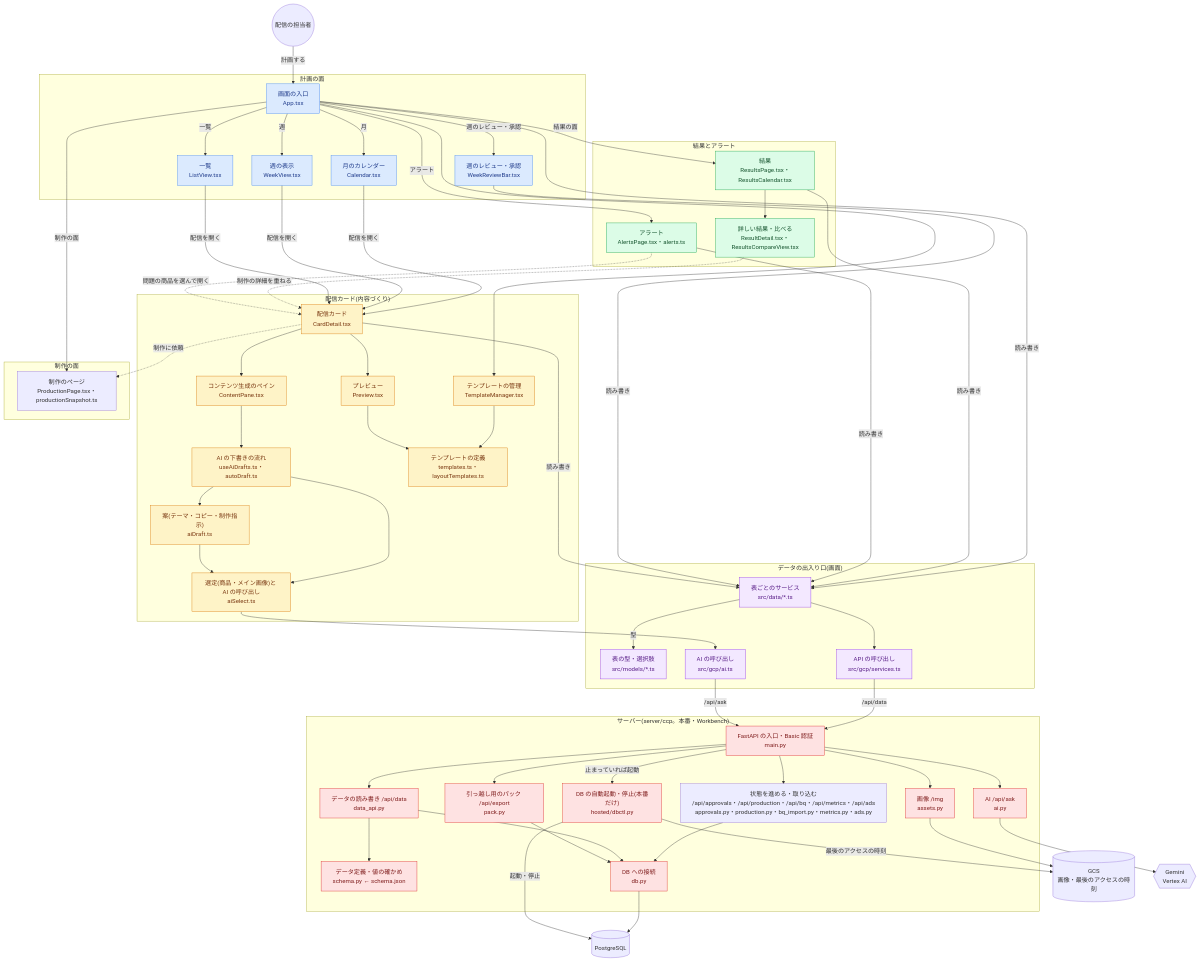
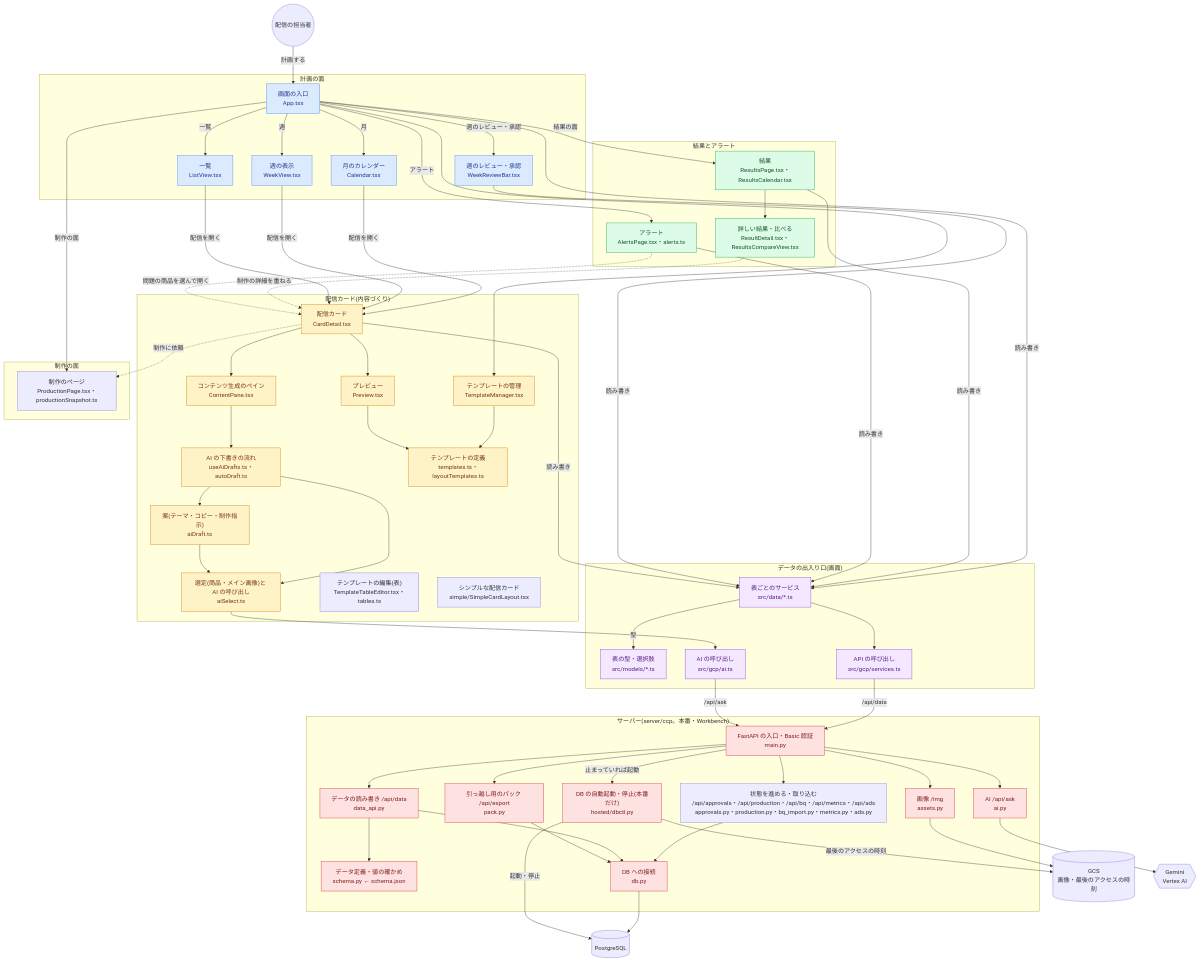
The diagram in docs/SOURCE_MAP.md (audeoinc/ccp), drawn with Mermaid before and after one commit. The commit also changed other lines of this file and 6 other files, not shown here.

```diff
--- a/docs/SOURCE_MAP.md
+++ b/docs/SOURCE_MAP.md
@@ -56,6 +56,8 @@
         aidraft["案(テーマ・コピー・制作指示)<br/>aiDraft.ts"]
         aiselect["選定(商品・メイン画像)と AI の呼び出し<br/>aiSelect.ts"]
         tmgr["テンプレートの管理<br/>TemplateManager.tsx"]
+        tedit["テンプレートの編集(表)<br/>TemplateTableEditor.tsx・tables.ts"]
+        simple["シンプルな配信カード<br/>simple/SimpleCardLayout.tsx"]
         tdef["テンプレートの定義<br/>templates.ts・layoutTemplates.ts"]
     end
 
```
